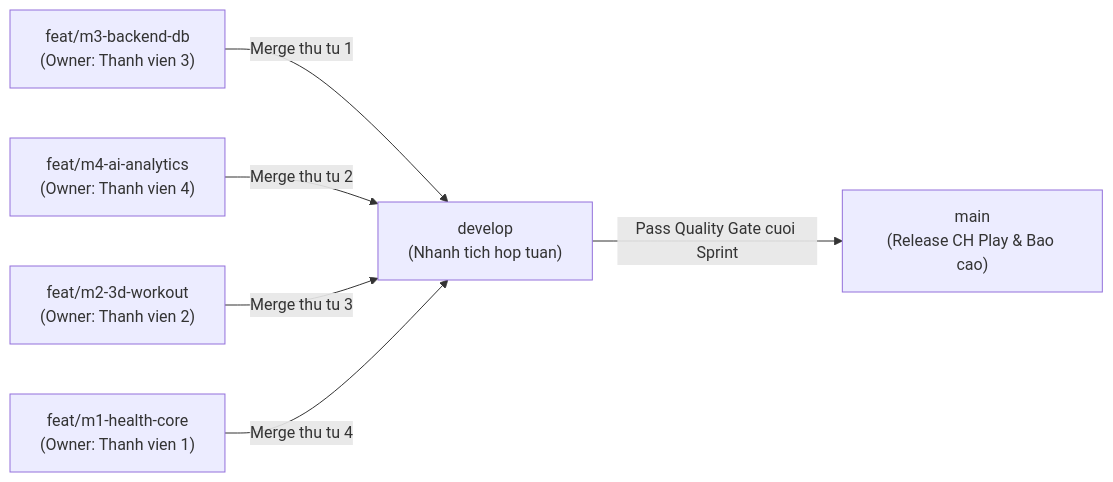
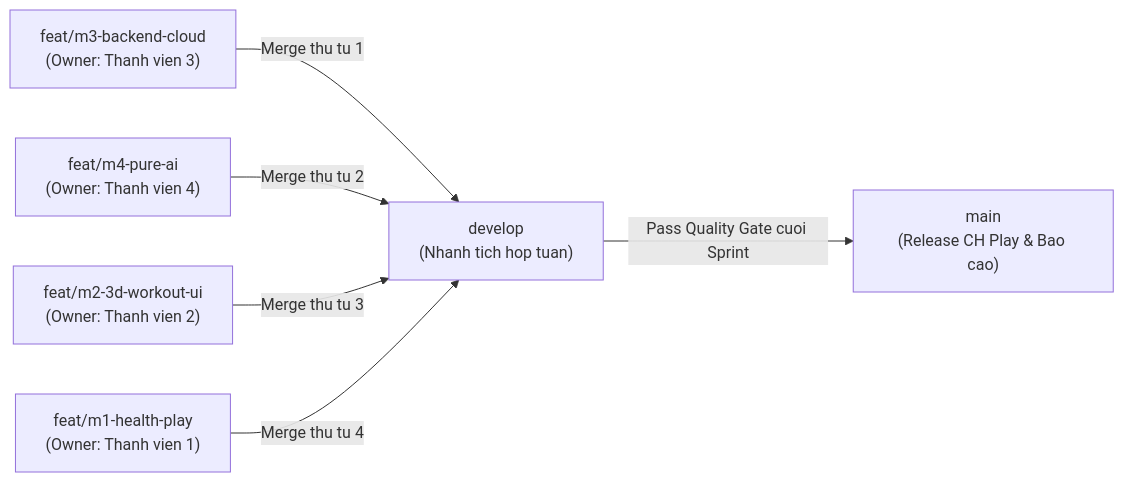
Before and after one commit to HPhucTV/VigorAI: the first of 2 diagrams in docs/roadmap.md, drawn with Mermaid. The commit also changed other lines of this file and 3 other files, not shown here.

Commit message:
docs: separate M4 pure AI role and adopt 2-phase CH Play release roadmap

````diff
--- a/docs/roadmap.md
+++ b/docs/roadmap.md
@@ -114,15 +126,15 @@
 ```mermaid
 flowchart LR
     Main["main\n(Release CH Play & Bao cao)"]
     Dev["develop\n(Nhanh tich hop tuan)"]
-    M1["feat/m1-health-core\n(Owner: Thanh vien 1)"]
-    M2["feat/m2-3d-workout\n(Owner: Thanh vien 2)"]
-    M3["feat/m3-backend-db\n(Owner: Thanh vien 3)"]
-    M4["feat/m4-ai-analytics\n(Owner: Thanh vien 4)"]
+    M1["feat/m1-health-play\n(Owner: Thanh vien 1)"]
+    M2["feat/m2-3d-workout-ui\n(Owner: Thanh vien 2)"]
+    M3["feat/m3-backend-cloud\n(Owner: Thanh vien 3)"]
+    M4["feat/m4-pure-ai\n(Owner: Thanh vien 4)"]
 
     M3 -->|"Merge thu tu 1"| Dev
     M4 -->|"Merge thu tu 2"| Dev
     M2 -->|"Merge thu tu 3"| Dev
     M1 -->|"Merge thu tu 4"| Dev
     Dev -->|"Pass Quality Gate cuoi Sprint"| Main
 ```
````
